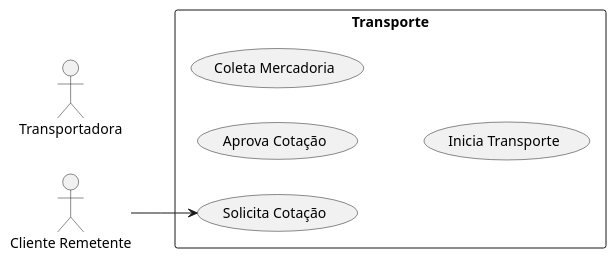
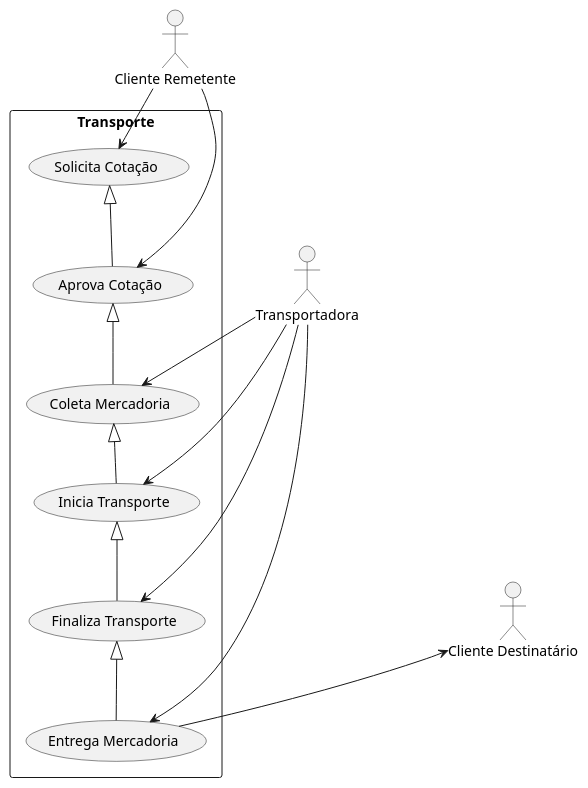
The diagram in transporte_mercadoria.wsd (luciux/t-picos-integradores), drawn with PlantUML before and after one commit.

Commit message:
ajustes para o diagrama - include between use cases

```diff
--- a/transporte_mercadoria.wsd
+++ b/transporte_mercadoria.wsd
@@ -1,13 +1,28 @@
 @startuml
-left to right direction
+top to bottom direction
 actor "Cliente Remetente" as remetente
 actor "Transportadora" as transportadora
+actor "Cliente Destinatário" as destinatario
 rectangle Transporte {
   usecase "Solicita Cotação" as cotacao
   usecase "Aprova Cotação" as aprovacao
   usecase "Coleta Mercadoria" as coleta
-  usecase "Inicia Transporte" as transporte
+  usecase "Inicia Transporte" as transporteInicio
+  usecase "Finaliza Transporte" as transporteFim
+  usecase "Entrega Mercadoria" as entrega
 }
+(cotacao) <|--(aprovacao)
+(aprovacao) <|-- (coleta)
+(coleta) <|-- (transporteInicio)
+(transporteInicio) <|-- (transporteFim)
+(transporteFim) <|-- (entrega)
 remetente --> cotacao
+remetente --> aprovacao
+transportadora --> coleta
+transportadora --> transporteInicio
+transportadora --> transporteFim
+transportadora --> entrega
+destinatario <-- entrega
+
 
 @enduml
```
